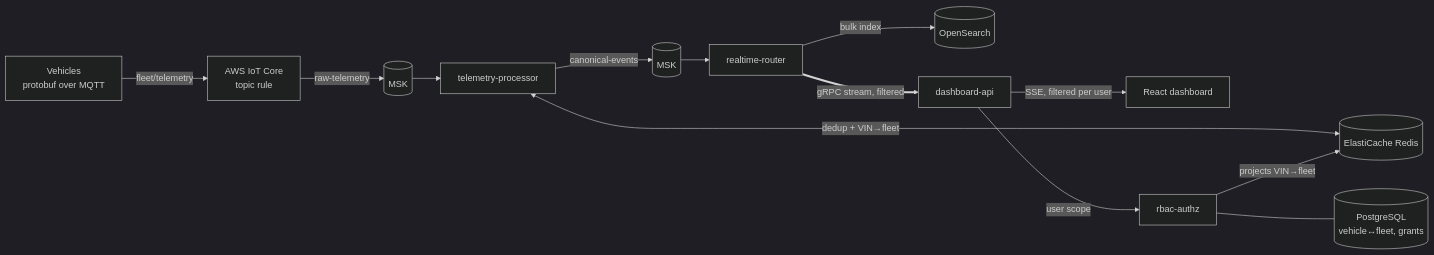
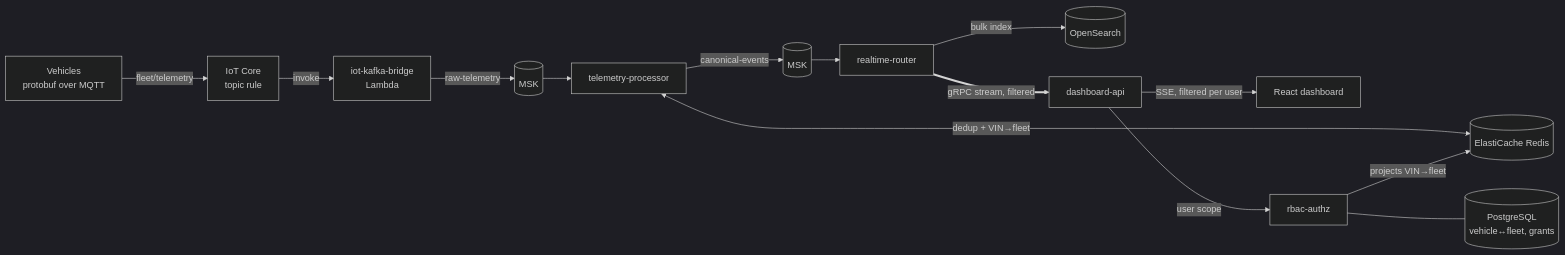
Before and after one commit to ayi-phd/fleet-telemetry: the diagram in README.md, drawn with Mermaid (dark theme). The commit also changed other lines of this file and 18 other files, not shown here.

````diff
--- a/README.md
+++ b/README.md
@@ -16,15 +16,16 @@
 ```mermaid
 flowchart LR
-  V[Vehicles<br/>protobuf over MQTT] -->|fleet/telemetry| IOT[AWS IoT Core<br/>topic rule]
-  IOT -->|raw-telemetry| K1[(MSK)]
+  V[Vehicles<br/>protobuf over MQTT] -->|fleet/telemetry| IOT[IoT Core<br/>topic rule]
+  IOT -->|invoke| LAM[iot-kafka-bridge<br/>Lambda]
+  LAM -->|raw-telemetry| K1[(MSK)]
   K1 --> TP[telemetry-processor]
   TP <-->|dedup + VIN→fleet| R[(ElastiCache Redis)]
   TP -->|canonical-events| K2[(MSK)]
   K2 --> RR[realtime-router]
   RR -->|bulk index| OS[(OpenSearch)]
   RR ==>|gRPC stream, filtered| DA[dashboard-api]
   DA -->|SSE, filtered per user| UI[React dashboard]
   DA -->|user scope| AZ[rbac-authz]
   AZ --- PG[(PostgreSQL<br/>vehicle↔fleet, grants)]
   AZ -->|projects VIN→fleet| R
 ```
````
